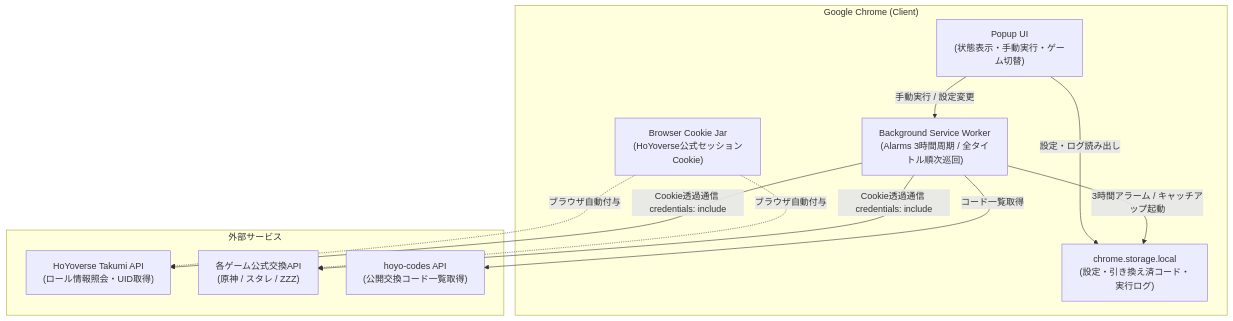
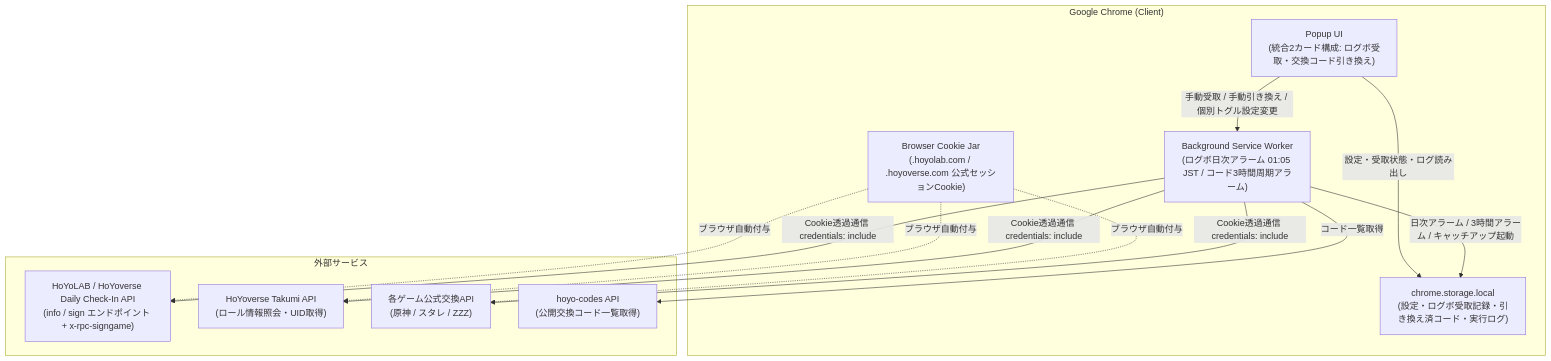
One commit to zyanpoyo/HoYoPass changed the diagram in docs/design/architecture.md. Above: the diagram before and after it, drawn with Mermaid. The commit also changed other lines of this file and 28 other files, not shown here.

````diff
--- a/docs/design/architecture.md
+++ b/docs/design/architecture.md
@@ -11,25 +11,28 @@
 ```mermaid
 flowchart TD
     subgraph Browser["Google Chrome (Client)"]
-        SW["Background Service Worker<br>(Alarms 3時間周期 / 全タイトル順次巡回)"]
-        Popup["Popup UI<br>(状態表示・手動実行・ゲーム切替)"]
-        Storage["chrome.storage.local<br>(設定・引き換え済コード・実行ログ)"]
-        CookieJar["Browser Cookie Jar<br>(HoYoverse公式セッションCookie)"]
+        SW["Background Service Worker<br>(ログボ日次アラーム 01:05 JST / コード3時間周期アラーム)"]
+        Popup["Popup UI<br>(統合2カード構成: ログボ受取・交換コード引き換え)"]
+        Storage["chrome.storage.local<br>(設定・ログボ受取記録・引き換え済コード・実行ログ)"]
+        CookieJar["Browser Cookie Jar<br>(.hoyolab.com / .hoyoverse.com 公式セッションCookie)"]
     end
 
     subgraph ExternalServices["外部サービス"]
+        SignAPI["HoYoLAB / HoYoverse Daily Check-In API<br>(info / sign エンドポイント + x-rpc-signgame)"]
         TakumiAPI["HoYoverse Takumi API<br>(ロール情報照会・UID取得)"]
         RedeemAPI["各ゲーム公式交換API<br>(原神 / スタレ / ZZZ)"]
         HoyoCodesAPI["hoyo-codes API<br>(公開交換コード一覧取得)"]
     end
 
-    SW -->|3時間アラーム / キャッチアップ起動| Storage
-    Popup -->|手動実行 / 設定変更| SW
-    Popup -->|設定・ログ読み出し| Storage
+    SW -->|日次アラーム / 3時間アラーム / キャッチアップ起動| Storage
+    Popup -->|手動受取 / 手動引き換え / 個別トグル設定変更| SW
+    Popup -->|設定・受取状態・ログ読み出し| Storage
 
     SW -->|コード一覧取得| HoyoCodesAPI
+    SW -->|Cookie透過通信 credentials: include| SignAPI
     SW -->|Cookie透過通信 credentials: include| TakumiAPI
     SW -->|Cookie透過通信 credentials: include| RedeemAPI
+    CookieJar -.->|ブラウザ自動付与| SignAPI
     CookieJar -.->|ブラウザ自動付与| TakumiAPI
     CookieJar -.->|ブラウザ自動付与| RedeemAPI
 ```
````
